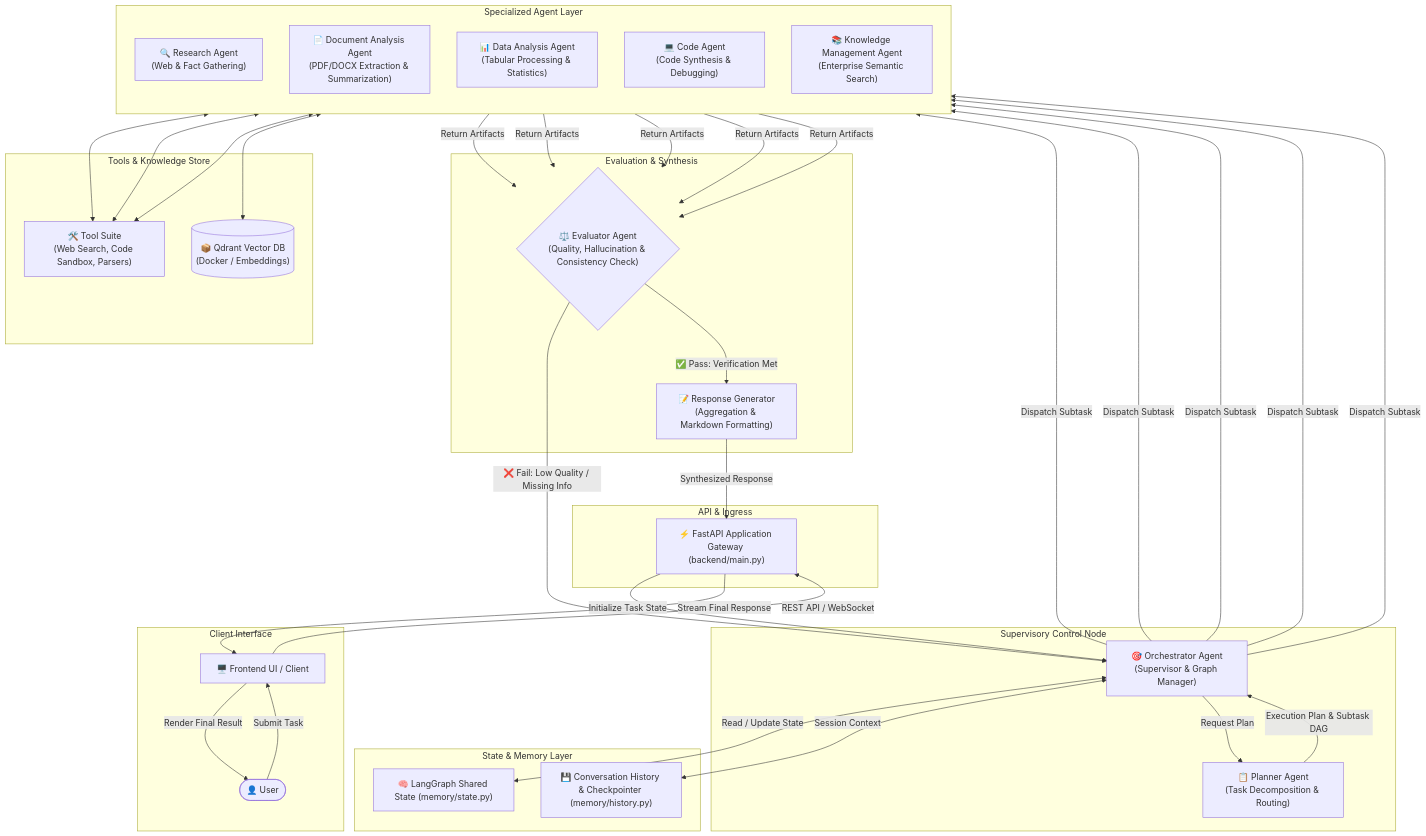
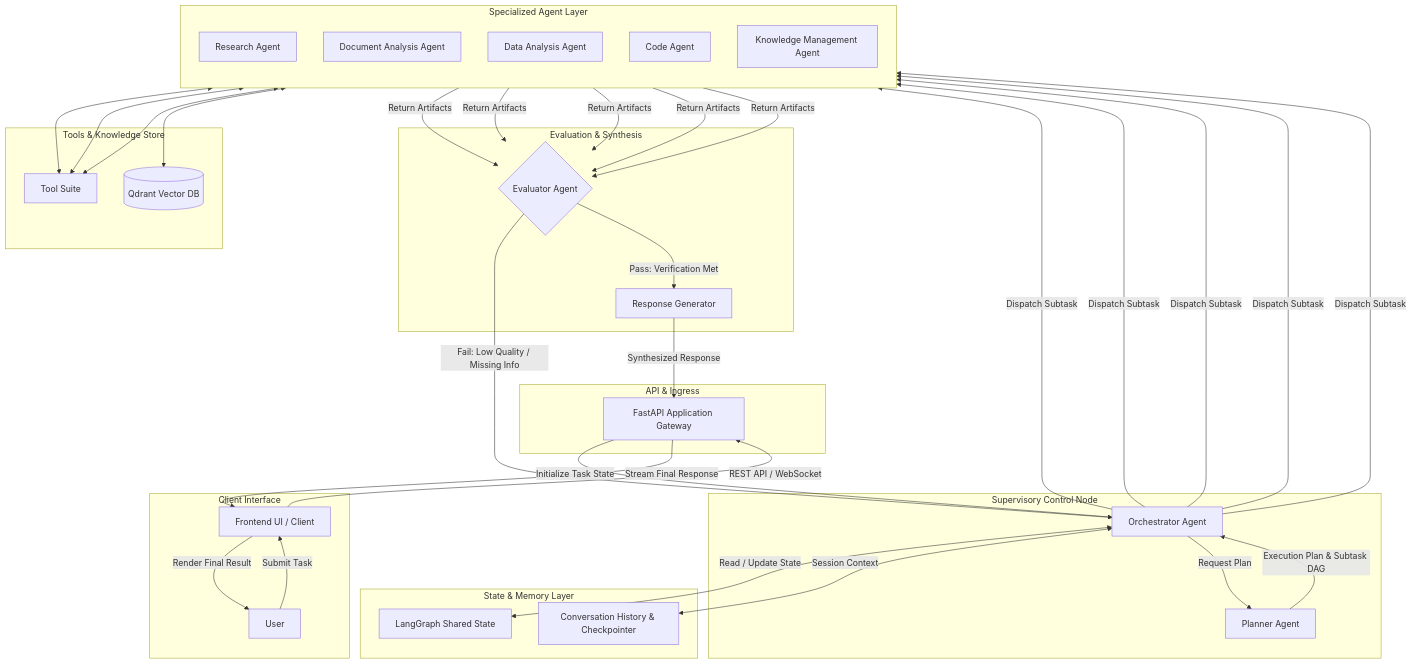
The first of 2 diagrams in README.md (abccau/AgentVerse), drawn with Mermaid before and after one commit. The commit also changed other lines of this file, not shown here.

Commit message:
docs: remove emojis and line breaks from README architecture diagrams

````diff
--- a/README.md
+++ b/README.md
@@ -50,73 +50,73 @@
 ```mermaid
 flowchart TD
     subgraph Client ["Client Interface"]
-        User(["👤 User"])
-        UI["🖥️ Frontend UI / Client"]
+        User["User"]
+        UI["Frontend UI / Client"]
     end
 
     subgraph Gateway ["API & Ingress"]
-        API["⚡ FastAPI Application Gateway (backend/main.py)"]
+        API["FastAPI Application Gateway"]
     end
 
     subgraph Memory_Layer ["State & Memory Layer"]
-        State["🧠 LangGraph Shared State (memory/state.py)"]
-        History["💾 Conversation History & Checkpointer (memory/history.py)"]
+        State["LangGraph Shared State"]
+        History["Conversation History & Checkpointer"]
     end
 
     subgraph Core_Control ["Supervisory Control Node"]
-        Orchestrator["🎯 Orchestrator Agent\n(Supervisor & Graph Manager)"]
-        Planner["📋 Planner Agent\n(Task Decomposition & Routing)"]
+        Orchestrator["Orchestrator Agent"]
+        Planner["Planner Agent"]
     end
 
     subgraph Agent_Pool ["Specialized Agent Layer"]
         direction TB
-        Research["🔍 Research Agent\n(Web & Fact Gathering)"]
-        DocAgent["📄 Document Analysis Agent\n(PDF/DOCX Extraction & Summarization)"]
-        DataAgent["📊 Data Analysis Agent\n(Tabular Processing & Statistics)"]
-        CodeAgent["💻 Code Agent\n(Code Synthesis & Debugging)"]
-        RAGAgent["📚 Knowledge Management Agent\n(Enterprise Semantic Search)"]
+        Research["Research Agent"]
+        DocAgent["Document Analysis Agent"]
+        DataAgent["Data Analysis Agent"]
+        CodeAgent["Code Agent"]
+        RAGAgent["Knowledge Management Agent"]
     end
 
     subgraph External_Resources ["Tools & Knowledge Store"]
-        Tools["🛠️ Tool Suite\n(Web Search, Code Sandbox, Parsers)"]
-        Qdrant[("📦 Qdrant Vector DB\n(Docker / Embeddings)")]
+        Tools["Tool Suite"]
+        Qdrant[("Qdrant Vector DB")]
     end
 
     subgraph Quality_Control ["Evaluation & Synthesis"]
-        Evaluator{"⚖️ Evaluator Agent\n(Quality, Hallucination & Consistency Check)"}
-        Generator["📝 Response Generator\n(Aggregation & Markdown Formatting)"]
+        Evaluator{"Evaluator Agent"}
+        Generator["Response Generator"]
     end
 
     User -->|Submit Task| UI
     UI -->|REST API / WebSocket| API
     API -->|Initialize Task State| Orchestrator
     Orchestrator <-->|Read / Update State| State
     Orchestrator <-->|Session Context| History
 
     Orchestrator -->|Request Plan| Planner
     Planner -->|Execution Plan & Subtask DAG| Orchestrator
 
     Orchestrator -->|Dispatch Subtask| Research
     Orchestrator -->|Dispatch Subtask| DocAgent
     Orchestrator -->|Dispatch Subtask| DataAgent
     Orchestrator -->|Dispatch Subtask| CodeAgent
     Orchestrator -->|Dispatch Subtask| RAGAgent
 
     Research <--> Tools
     CodeAgent <--> Tools
     DocAgent <--> Tools
     RAGAgent <--> Qdrant
 
     Research -->|Return Artifacts| Evaluator
     DocAgent -->|Return Artifacts| Evaluator
     DataAgent -->|Return Artifacts| Evaluator
     CodeAgent -->|Return Artifacts| Evaluator
     RAGAgent -->|Return Artifacts| Evaluator
 
-    Evaluator -->|❌ Fail: Low Quality / Missing Info| Orchestrator
-    Evaluator -->|✅ Pass: Verification Met| Generator
+    Evaluator -->|Fail: Low Quality / Missing Info| Orchestrator
+    Evaluator -->|Pass: Verification Met| Generator
 
     Generator -->|Synthesized Response| API
     API -->|Stream Final Response| UI
     UI -->|Render Final Result| User
 ```
````
